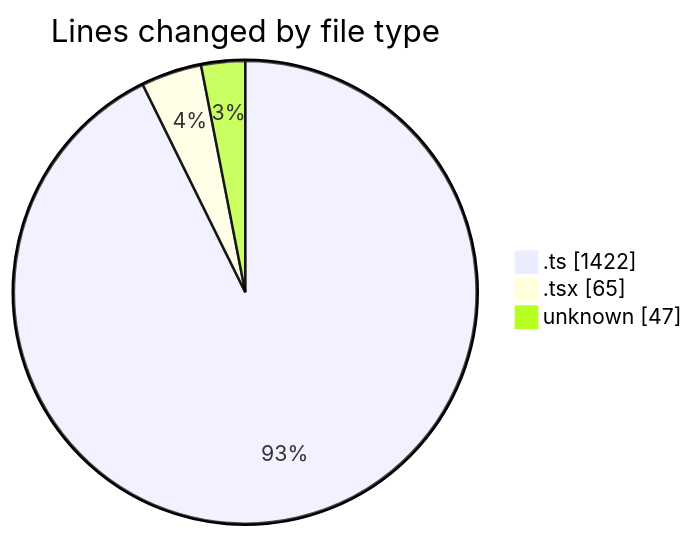
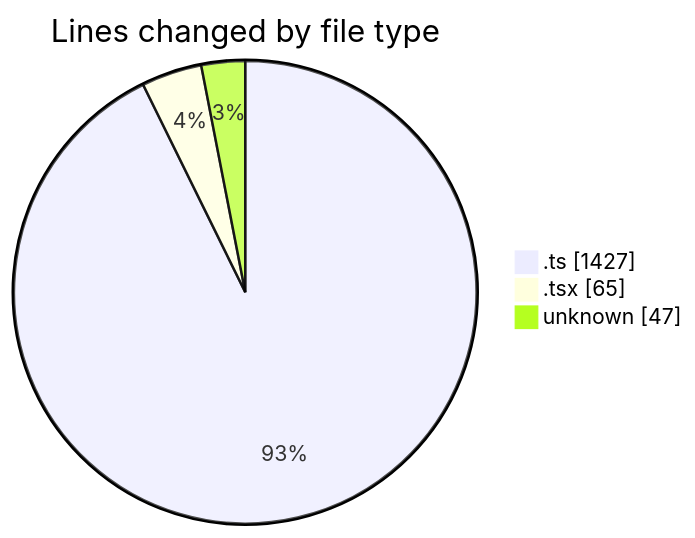
One commit to momahboobian/code-tracking changed the first of 2 diagrams in 2025-09-11/cda/README.md. Above: the diagram before and after it, drawn with Mermaid. The commit also changed other lines of this file and 1 other file, not shown here.

````diff
--- a/2025-09-11/cda/README.md
+++ b/2025-09-11/cda/README.md
@@ -28,7 +28,7 @@
 ```mermaid
 pie showData
 title Lines changed by file type
-".ts" : 1422
+".ts" : 1427
 ".tsx" : 65
 "unknown" : 47
 ```
````
